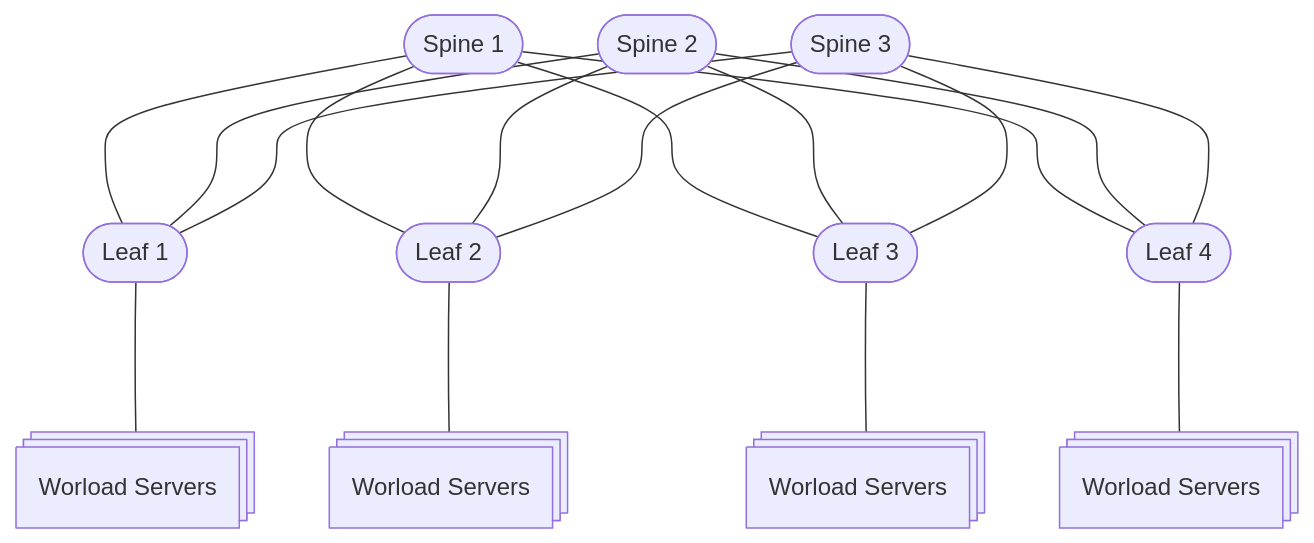
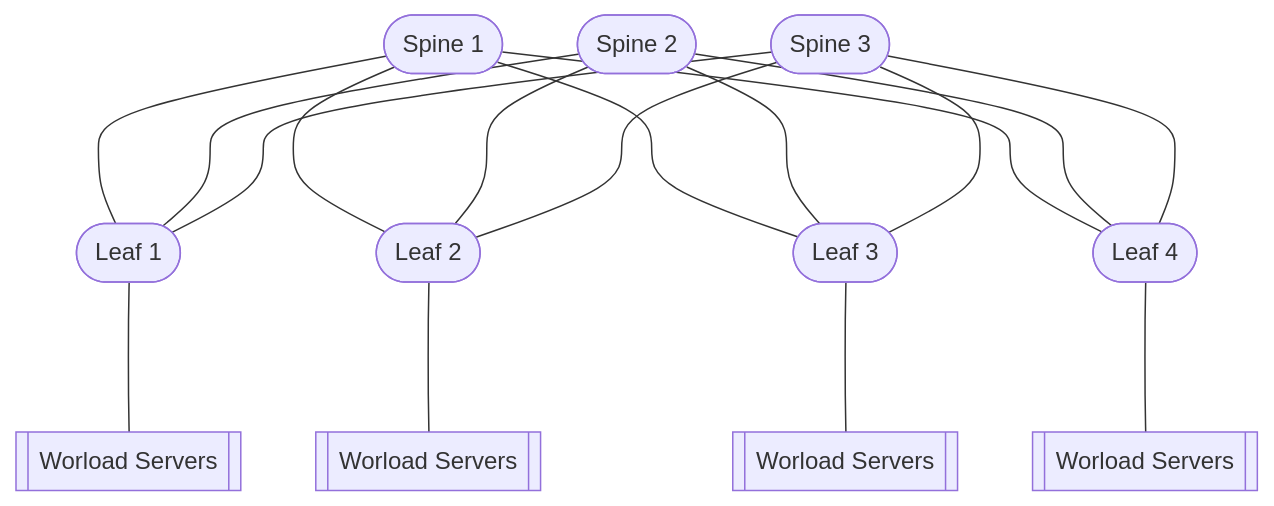
One commit to githedgehog/docs changed the first of 2 diagrams in docs/faq/overview.md. Above: the diagram before and after it, drawn with Mermaid. The commit also changed other lines of this file, not shown here.

Commit message:
use different shape for older version of mermaid

````diff
--- a/docs/faq/overview.md
+++ b/docs/faq/overview.md
@@ -14,21 +14,21 @@
 ```mermaid
 graph TD
     S1([Spine 1])
     S2([Spine 2])
     S3([Spine 3])
     L1([Leaf 1])
     L2([Leaf 2])
     L3([Leaf 3])
     L4([Leaf 4])
-    WS1@{ shape: procs, label: "Worload Servers" }
-    WS2@{ shape: procs, label: "Worload Servers" }
-    WS3@{ shape: procs, label: "Worload Servers" }
-    WS4@{ shape: procs, label: "Worload Servers" }
+    WS1[[Worload Servers]]
+    WS2[[Worload Servers]]
+    WS3[[Worload Servers]]
+    WS4[[Worload Servers]]
 
     S1 & S2 & S3 ---- L1 & L2 & L3 & L4 
     L1 ---- WS1
     L2 ---- WS2
     L3 ---- WS3
     L4 ---- WS4
 
 ```
````
